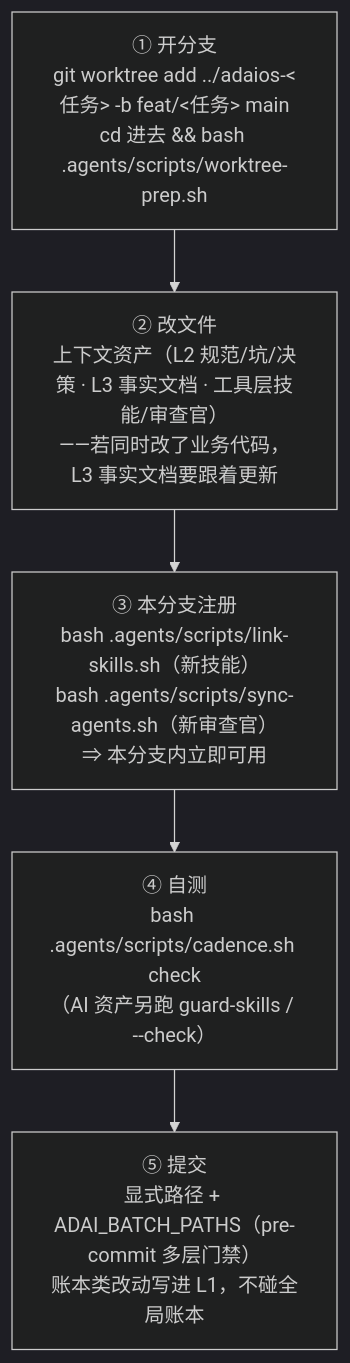
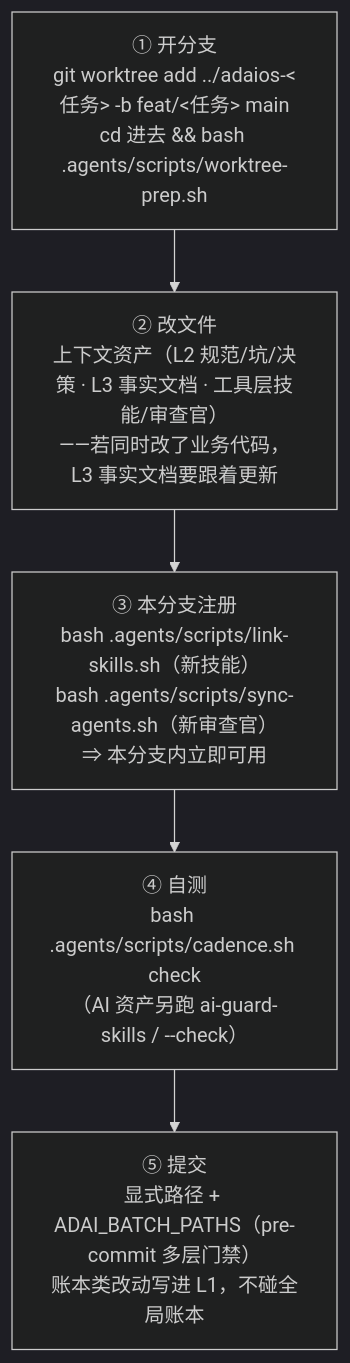
Before and after one commit to adaios/adaios: the fourth of 9 diagrams in docs/architecture/ai-context-engineering.md, drawn with Mermaid (dark theme). The commit also changed other lines of this file and 144 other files, not shown here.

````diff
--- a/docs/architecture/ai-context-engineering.md
+++ b/docs/architecture/ai-context-engineering.md
@@ -184,7 +184,7 @@
 ```mermaid
 flowchart TD
     A["① 开分支<br/>git worktree add ../adaios-&lt;任务&gt; -b feat/&lt;任务&gt; main<br/>cd 进去 && bash .agents/scripts/worktree-prep.sh"] --> B["② 改文件<br/>上下文资产（L2 规范/坑/决策 · L3 事实文档 · 工具层技能/审查官）<br/>——若同时改了业务代码，L3 事实文档要跟着更新"]
     B --> C["③ 本分支注册<br/>bash .agents/scripts/link-skills.sh（新技能）<br/>bash .agents/scripts/sync-agents.sh（新审查官）<br/>⇒ 本分支内立即可用"]
-    C --> D["④ 自测<br/>bash .agents/scripts/cadence.sh check<br/>（AI 资产另跑 guard-skills / --check）"]
+    C --> D["④ 自测<br/>bash .agents/scripts/cadence.sh check<br/>（AI 资产另跑 ai-guard-skills / --check）"]
     D --> E["⑤ 提交<br/>显式路径 + ADAI_BATCH_PATHS（pre-commit 多层门禁）<br/>账本类改动写进 L1，不碰全局账本"]
 ```
````
